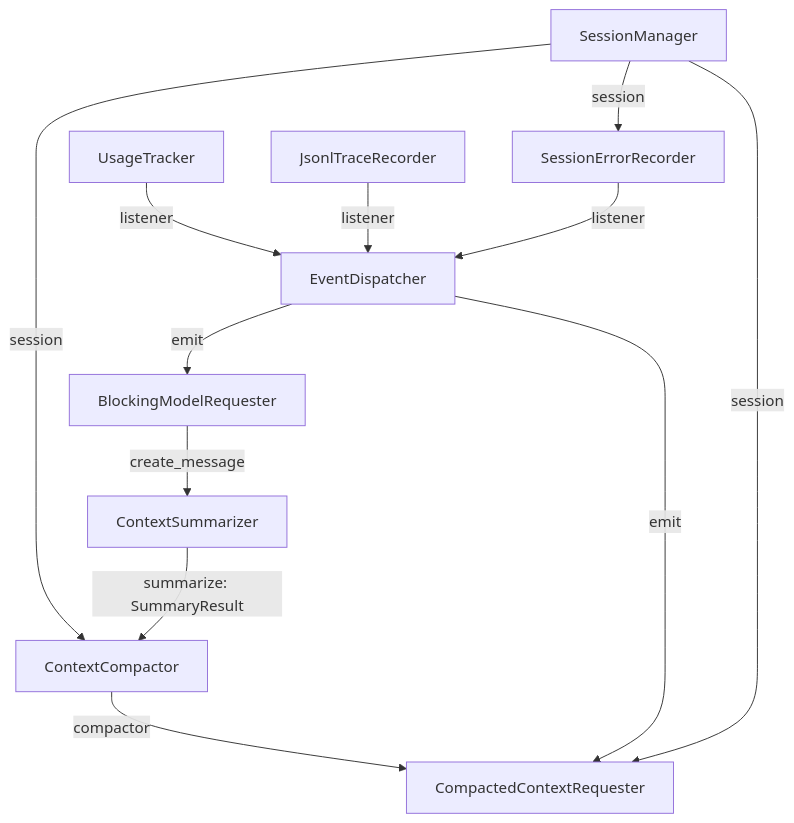
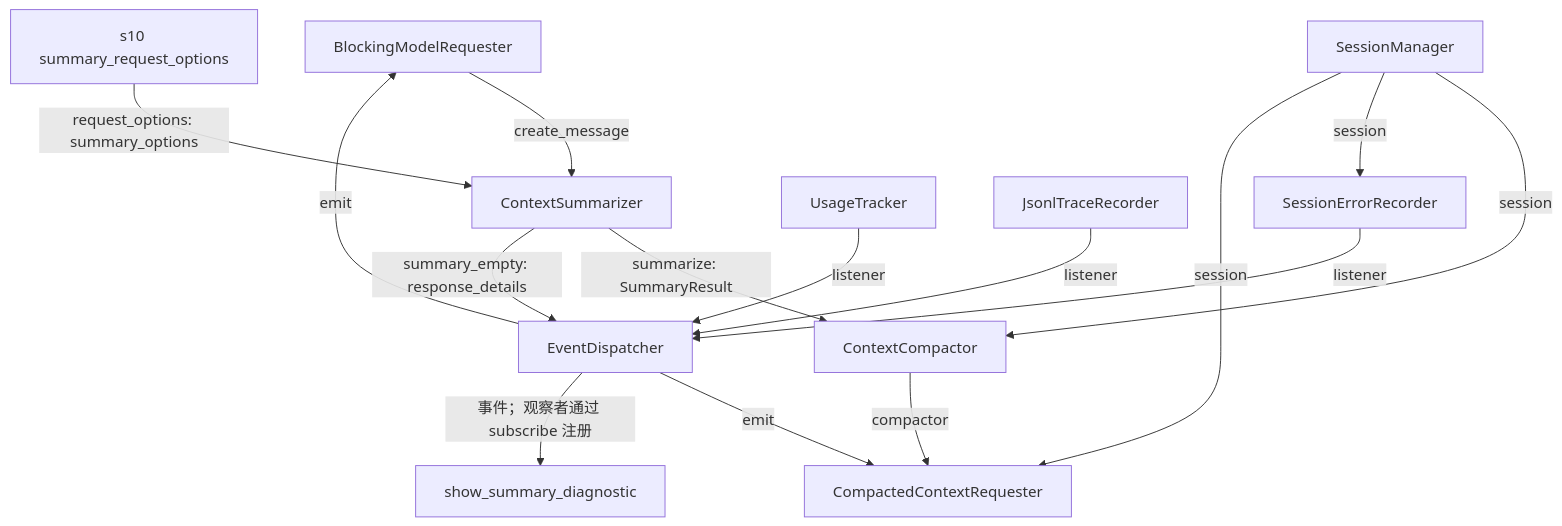
One commit to liuying151203-create/zero2pi changed the second of 2 diagrams in s11_runtime_observability/README.md. Above: the diagram before and after it, drawn with Mermaid. The commit also changed other lines of this file and 13 other files, not shown here.

Commit message:
fix(compaction): isolate summary options and restore chapter ownership / 隔离摘要请求选项并归位章节职责

````diff
--- a/s11_runtime_observability/README.md
+++ b/s11_runtime_observability/README.md
@@ -57,14 +59,17 @@
 ```mermaid
 flowchart TB
     A[BlockingModelRequester] -->|create_message| B[ContextSummarizer]
     B -->|summarize: SummaryResult| C[ContextCompactor]
     D[SessionManager] -->|session| C
     D -->|session| E[SessionErrorRecorder]
     D -->|session| F[CompactedContextRequester]
     C -->|compactor| F
     G[UsageTracker] -->|listener| H[EventDispatcher]
     E -->|listener| H
     I[JsonlTraceRecorder] -->|listener| H
     H -->|emit| A
     H -->|emit| F
+    P[s10 summary_request_options] -->|request_options: summary_options| B
+    B -->|summary_empty: response_details| H
+    H -->|事件；观察者通过 subscribe 注册| Q[show_summary_diagnostic]
 ```
````
